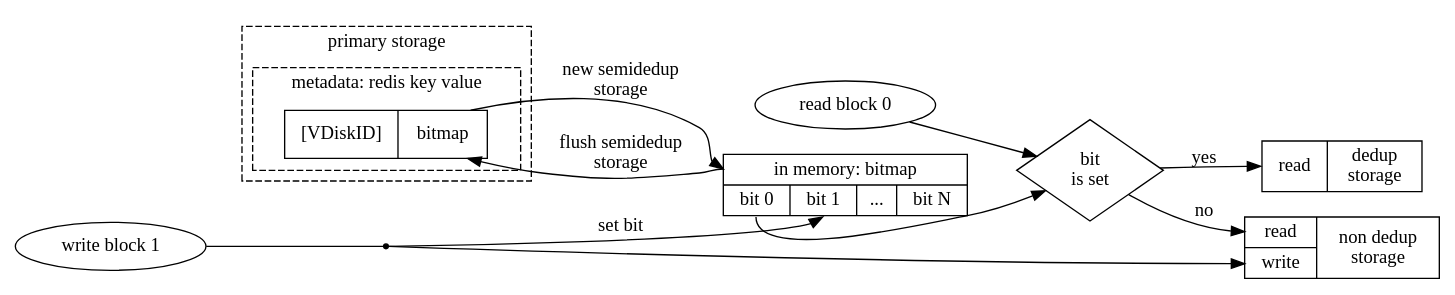
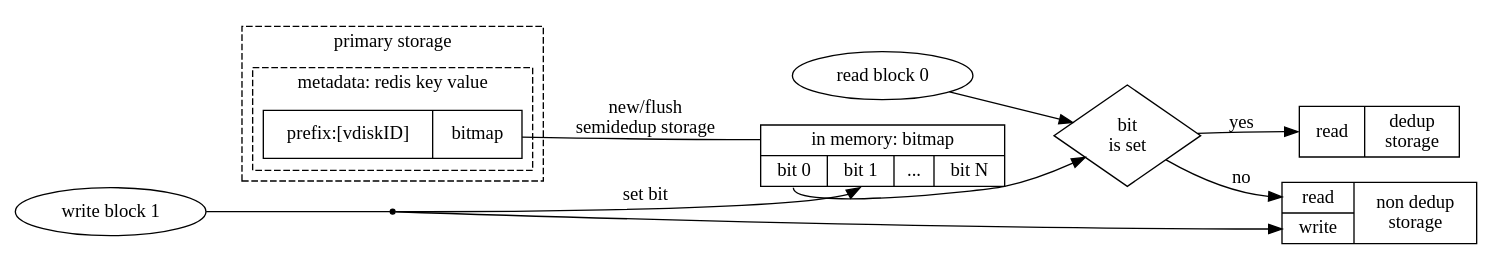
The diagram in docs/assets/src/nbd_semideduped_storage.dot (GlenDC/blockstor), drawn with Graphviz before and after one commit. The commit also changed 7 other files, not shown here.

```diff
--- a/docs/assets/src/nbd_semideduped_storage.dot
+++ b/docs/assets/src/nbd_semideduped_storage.dot
@@ -1,61 +1,63 @@
 digraph {
     rankdir = "LR"
 
     subgraph clusterPrimaryStorage {
         label = "primary storage"
         style = "dashed"
         
         subgraph clusterMetadata {
             label = "metadata: redis key value"
 
             rawbm [
-                label = "{ [VDiskID] | <bm> bitmap }"
+                label = "{ prefix:[vdiskID] | <bm> bitmap }"
                 shape = "record"
             ]
         }
     }
 
     bitmap [
         label = "<im> in memory: bitmap | { <b0> bit 0 | <b1> bit 1 | ... | bit N }"
         shape = "record"
     ]
 
-    rawbm -> bitmap:im [ label = "new semidedup\nstorage" ]
-    bitmap:im -> rawbm [ label = "flush semidedup\nstorage" ]
+    rawbm -> bitmap:im [
+        label = "new/flush\nsemidedup storage"
+        dir = "none"
+    ]
 
     dedup [
         label = "{ <r> read | dedup\nstorage }"
         shape = "record"
     ]
 
     nondedup [
         label = "{ { <r> read | <w> write } | non dedup\nstorage }"
         shape = "record"
     ]
 
     read [
         label = "read block 0"
         shape = "oval"
     ]
 
     ifread [
         label = "bit\nis set"
         shape = "diamond"
     ]
 
     bitmap:b0 -> ifread
     read -> ifread
     ifread -> dedup:r [ label = "yes" ]
     ifread -> nondedup:r [ label = "no" ]
 
     write [
         label = "write block 1"
         shape = "oval"
     ]
 
     writeAction [ shape = "point" ]
 
     write -> writeAction [ dir = "none" ]
     writeAction -> bitmap:b1 [ label = "set bit" ]
     writeAction -> nondedup:w
 }
```
